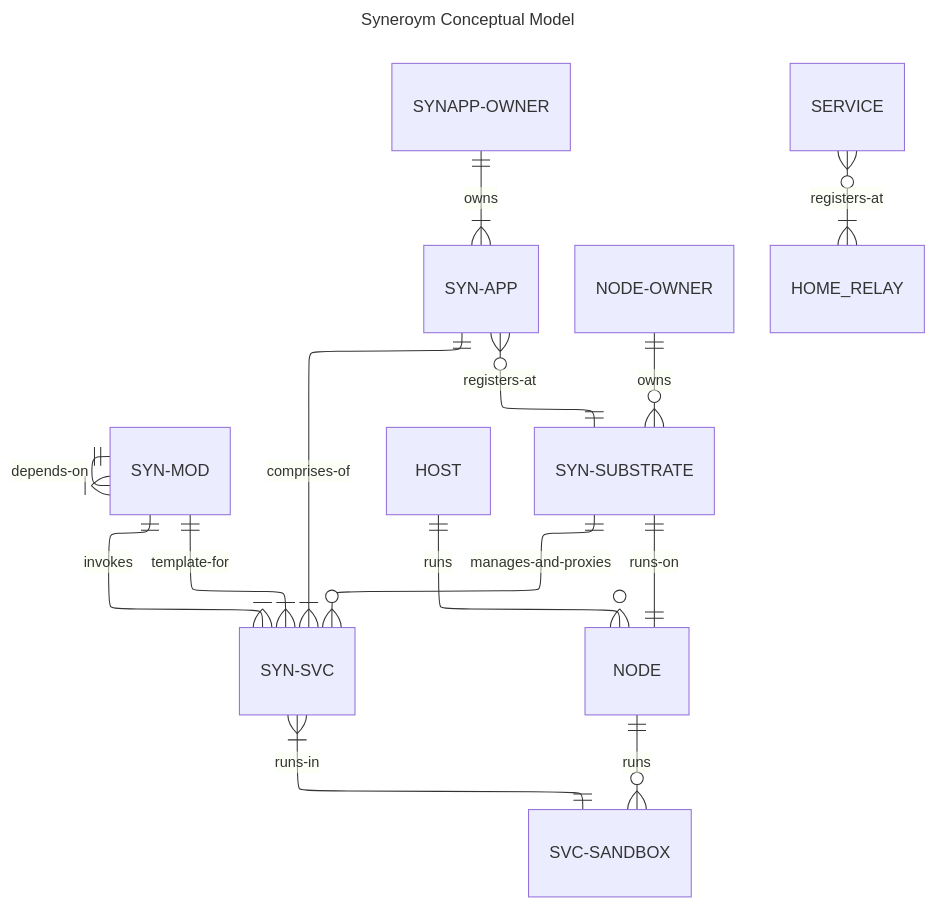
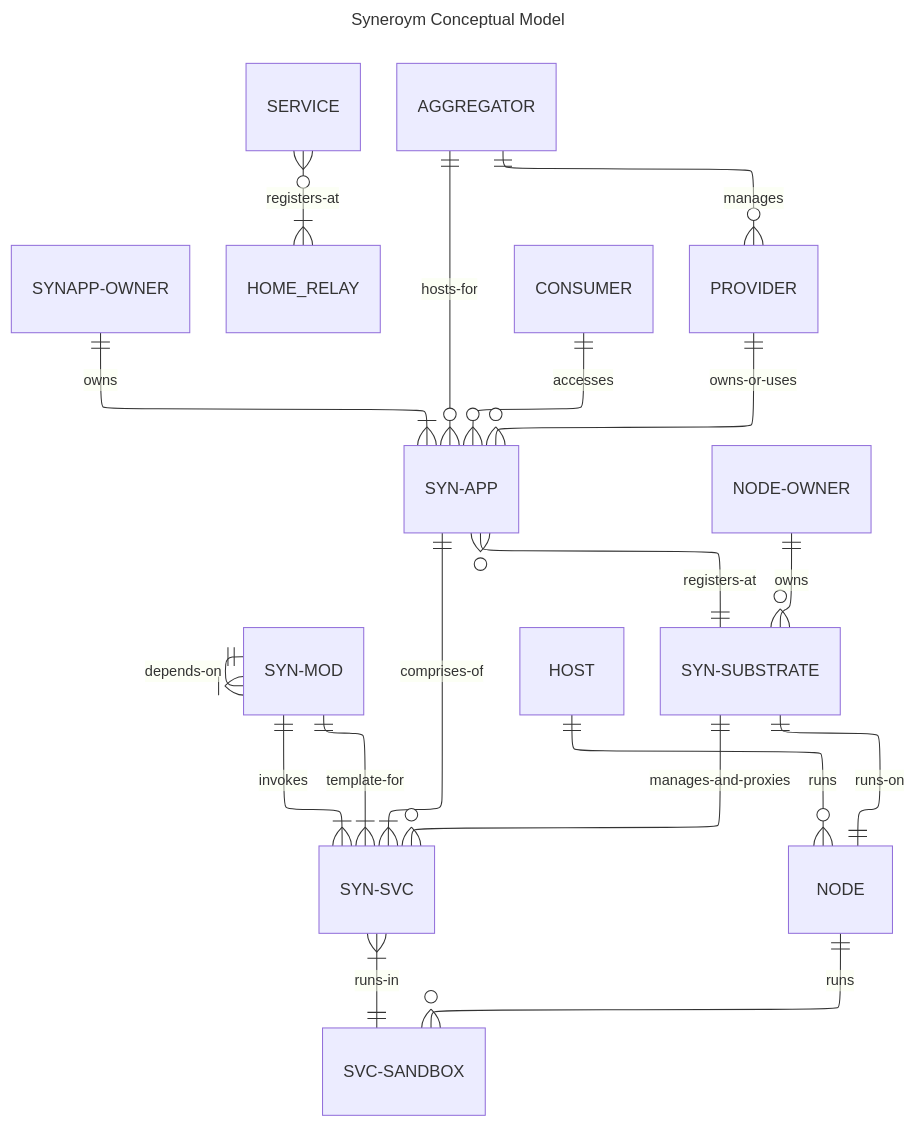
One commit to syneroym/syneroym changed the diagram in docs/high-level-requirements.md. Above: the diagram before and after it, drawn with Mermaid. The commit also changed other lines of this file, not shown here.

````diff
--- a/docs/high-level-requirements.md
+++ b/docs/high-level-requirements.md
@@ -84,30 +173,36 @@
 ```mermaid
 ---
 title: Syneroym Conceptual Model
 config:
     layout: elk
 ---
 erDiagram
     direction TB
-    
+
     MOD ||--|{ MOD : depends-on
     MOD ||--|{ SVC : invokes
     MOD ||--|{ SVC : template-for
     SYNAPP ||--|{ SVC : comprises-of
     SVC }|--|| SVC-SB : runs-in
     HOST ||--o{ NODE : runs
     NODE ||--o{ SVC-SB : runs
     SUBSTRATE ||--|| NODE : runs-on
     SUBSTRATE ||--o{ SVC : manages-and-proxies
     NODE-OWNER ||--o{ SUBSTRATE : owns
     SYNAPP-OWNER ||--|{ SYNAPP : owns
     SYNAPP }o--|| SUBSTRATE : registers-at
     SERVICE }o--|{ HOME_RELAY : registers-at
+    CONSUMER ||--o{ SYNAPP : accesses
+    PROVIDER ||--o{ SYNAPP : owns-or-uses
+    AGGREGATOR ||--o{ PROVIDER : manages
+    AGGREGATOR ||--o{ SYNAPP : hosts-for
 
     MOD[SYN-MOD]{}
     SVC[SYN-SVC]{}
     SYNAPP[SYN-APP]{}
     SUBSTRATE[SYN-SUBSTRATE]{}
     SVC-SB[SVC-SANDBOX]{}
-
+    CONSUMER[CONSUMER]{}
+    PROVIDER[PROVIDER]{}
+    AGGREGATOR[AGGREGATOR]{}
 ```
````
